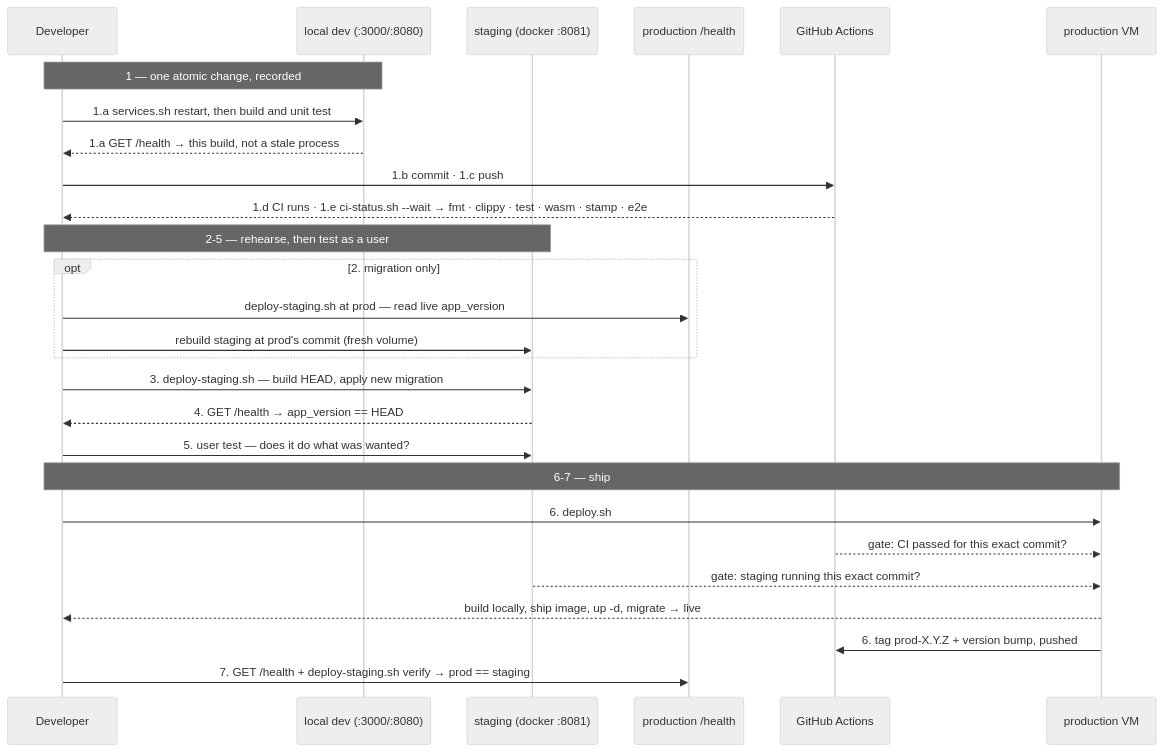
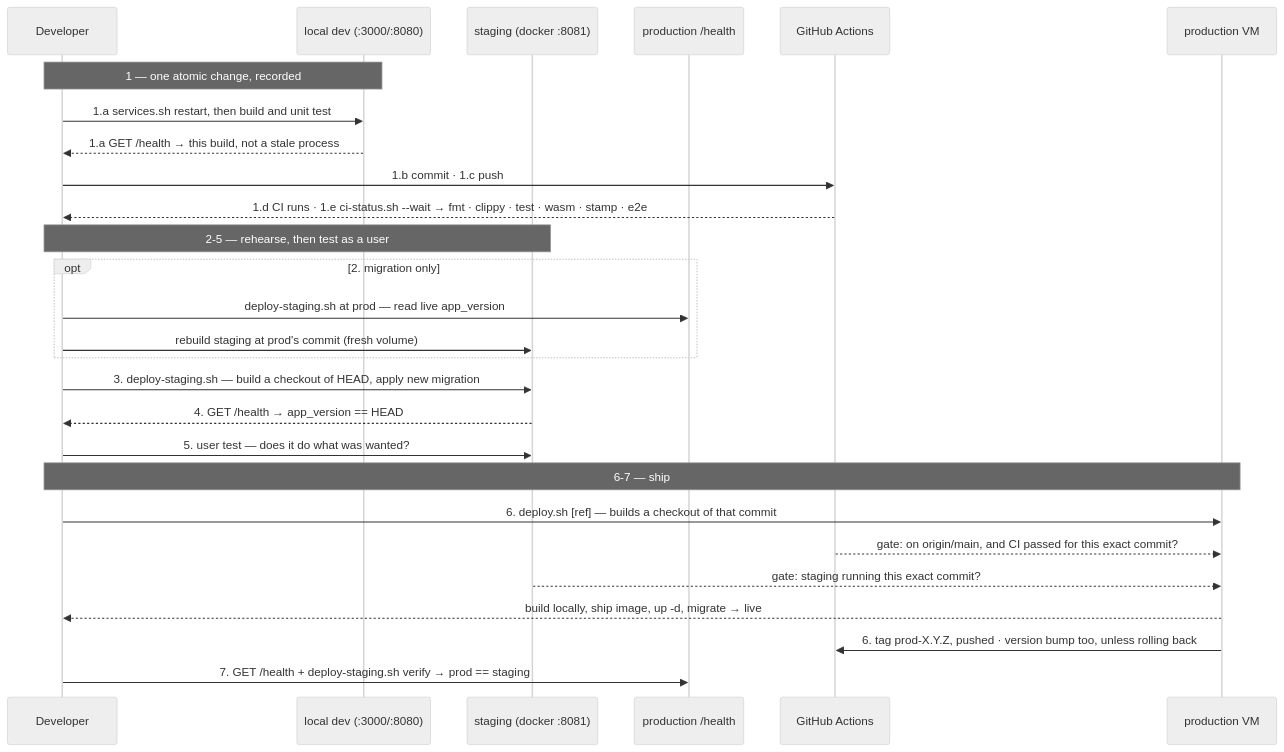
One commit to SteveStyle/scrabble-px changed the diagram in docs/3.3-testing-ci-and-release.md. Above: the diagram before and after it, drawn with Mermaid (neutral theme). The commit also changed other lines of this file and 6 other files, not shown here.

````diff
--- a/docs/3.3-testing-ci-and-release.md
+++ b/docs/3.3-testing-ci-and-release.md
@@ -412,30 +528,30 @@
 ```mermaid
 sequenceDiagram
     participant Dev as Developer
     participant Loc as local dev (:3000/:8080)
     participant Stg as staging (docker :8081)
     participant Prod as production /health
     participant GH as GitHub Actions
     participant VM as production VM
 
     Note over Dev,Loc: 1 — one atomic change, recorded
     Dev->>Loc: 1.a services.sh restart, then build and unit test
     Loc-->>Dev: 1.a GET /health → this build, not a stale process
     Dev->>GH: 1.b commit · 1.c push
     GH-->>Dev: 1.d CI runs · 1.e ci-status.sh --wait → fmt · clippy · test · wasm · stamp · e2e
     Note over Dev,Stg: 2-5 — rehearse, then test as a user
     opt 2. migration only
         Dev->>Prod: deploy-staging.sh at prod — read live app_version
         Dev->>Stg: rebuild staging at prod's commit (fresh volume)
     end
-    Dev->>Stg: 3. deploy-staging.sh — build HEAD, apply new migration
+    Dev->>Stg: 3. deploy-staging.sh — build a checkout of HEAD, apply new migration
     Stg-->>Dev: 4. GET /health → app_version == HEAD
     Dev->>Stg: 5. user test — does it do what was wanted?
     Note over Dev,VM: 6-7 — ship
-    Dev->>VM: 6. deploy.sh
-    GH-->>VM: gate: CI passed for this exact commit?
+    Dev->>VM: 6. deploy.sh [ref] — builds a checkout of that commit
+    GH-->>VM: gate: on origin/main, and CI passed for this exact commit?
     Stg-->>VM: gate: staging running this exact commit?
     VM-->>Dev: build locally, ship image, up -d, migrate → live
-    VM->>GH: 6. tag prod-X.Y.Z + version bump, pushed
+    VM->>GH: 6. tag prod-X.Y.Z, pushed · version bump too, unless rolling back
     Dev->>Prod: 7. GET /health + deploy-staging.sh verify → prod == staging
 ```
````
